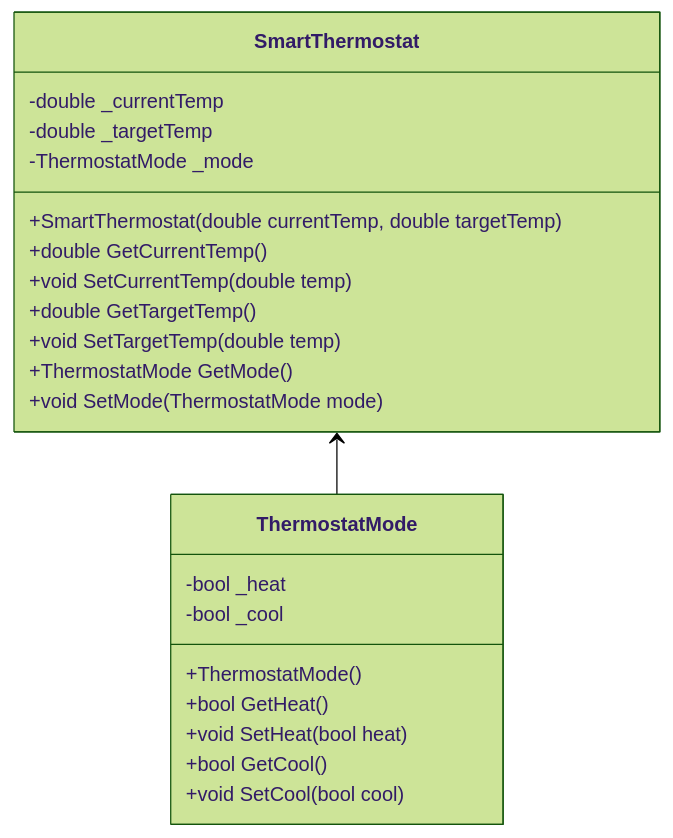
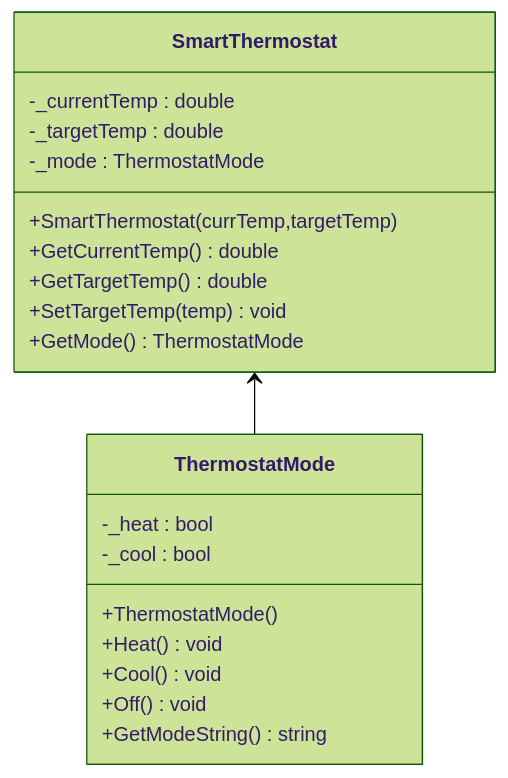
Before and after one commit to gibbonsc/quartzblog: the third of 6 diagrams in content/AppEx-3.03-Smart-Thermostat.md, drawn with Mermaid (forest theme). The commit also changed other lines of this file and 1 other file, not shown here.

Commit message:
smart thermostat exercise diagrams

````diff
--- a/content/AppEx-3.03-Smart-Thermostat.md
+++ b/content/AppEx-3.03-Smart-Thermostat.md
@@ -68,25 +76,24 @@
 ```mermaid
+%%{init: {'classDiagram': {'textWrap': false}}}%%
 classDiagram
     class SmartThermostat {
-        -double _currentTemp
-        -double _targetTemp
-        -ThermostatMode _mode
-        +SmartThermostat(double currentTemp, double targetTemp)
-        +double GetCurrentTemp()
-        +void SetCurrentTemp(double temp)
-        +double GetTargetTemp()
-        +void SetTargetTemp(double temp)
-        +ThermostatMode GetMode()
-        +void SetMode(ThermostatMode mode)
+        -_currentTemp : double
+        -_targetTemp : double
+        -_mode : ThermostatMode
+        +SmartThermostat(currTemp,targetTemp)
+        +GetCurrentTemp() double
+        +GetTargetTemp() double
+        +SetTargetTemp(temp) void
+        +GetMode() ThermostatMode
     }
     class ThermostatMode {
-        -bool _heat
-        -bool _cool
+        -_heat : bool
+        -_cool : bool
         +ThermostatMode()
-        +bool GetHeat()
-        +void SetHeat(bool heat)
-        +bool GetCool()
-        +void SetCool(bool cool)
+        +Heat() void
+        +Cool() void
+        +Off() void
+        +GetModeString() string
     }
     SmartThermostat <-- ThermostatMode
 ```
````
